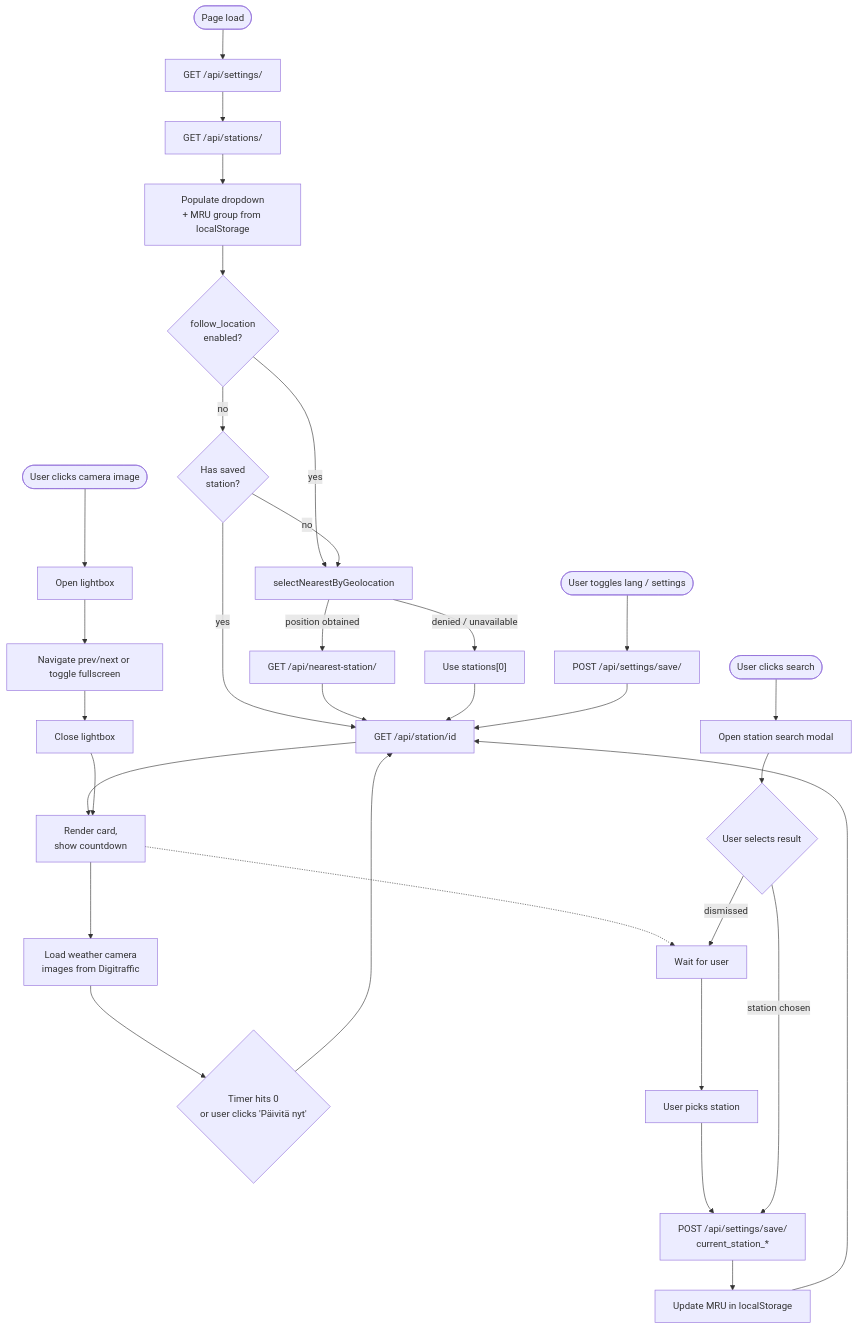
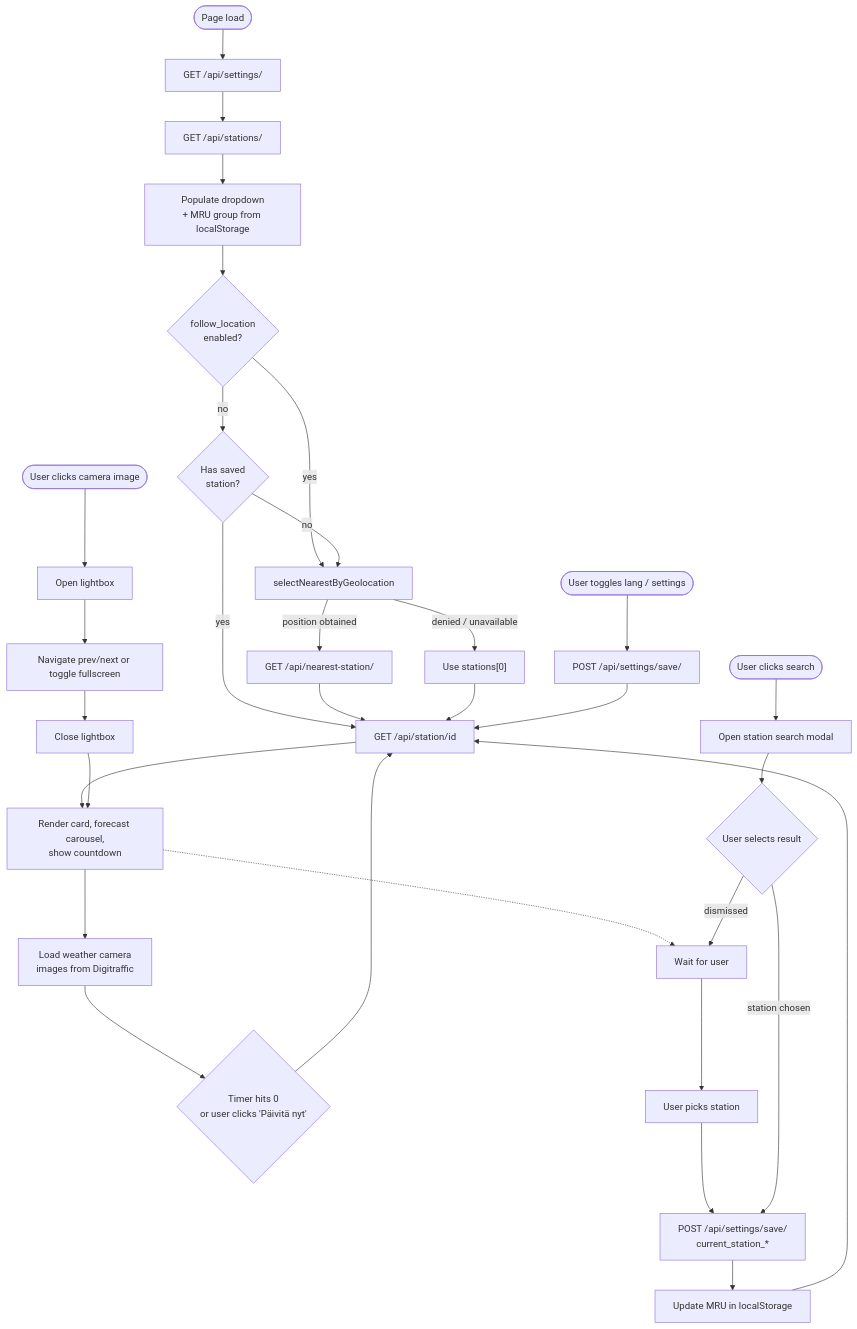
The ninth of 10 diagrams in docs/ARCHITECTURE.md (jjankkil/weatherview-django), drawn with Mermaid before and after one commit. The commit also changed other lines of this file and 8 other files, not shown here.

````diff
--- a/docs/ARCHITECTURE.md
+++ b/docs/ARCHITECTURE.md
@@ -384,34 +397,34 @@
 ```mermaid
 flowchart TD
     A([Page load]) --> B[GET /api/settings/]
     B --> C[GET /api/stations/]
     C --> D[Populate dropdown<br/>+ MRU group from localStorage]
     D --> E{follow_location<br/>enabled?}
     E -->|yes| GEO[selectNearestByGeolocation]
     E -->|no| E2{Has saved<br/>station?}
     E2 -->|yes| F[GET /api/station/id]
     E2 -->|no| GEO
     GEO -->|position obtained| NS[GET /api/nearest-station/]
     GEO -->|denied / unavailable| F1["Use stations[0]"]
     NS --> F
     F1 --> F
-    F --> H[Render card,<br/>show countdown]
+    F --> H[Render card, forecast carousel,<br/>show countdown]
     H --> I[Load weather camera<br/>images from Digitraffic]
     H -.-> G[Wait for user]
     I --> J{Timer hits 0<br/>or user clicks 'Päivitä nyt'}
     J --> F
     G --> K[User picks station]
     K --> L[POST /api/settings/save/<br/>current_station_*]
     L --> M[Update MRU in localStorage]
     M --> F
     N([User toggles lang / settings]) --> O[POST /api/settings/save/]
     O --> F
     P([User clicks search]) --> Q[Open station search modal]
     Q --> R{User selects result}
     R -->|station chosen| L
     R -->|dismissed| G
     S([User clicks camera image]) --> T[Open lightbox]
     T --> U[Navigate prev/next or toggle fullscreen]
     U --> V[Close lightbox]
     V --> H
 ```
````
